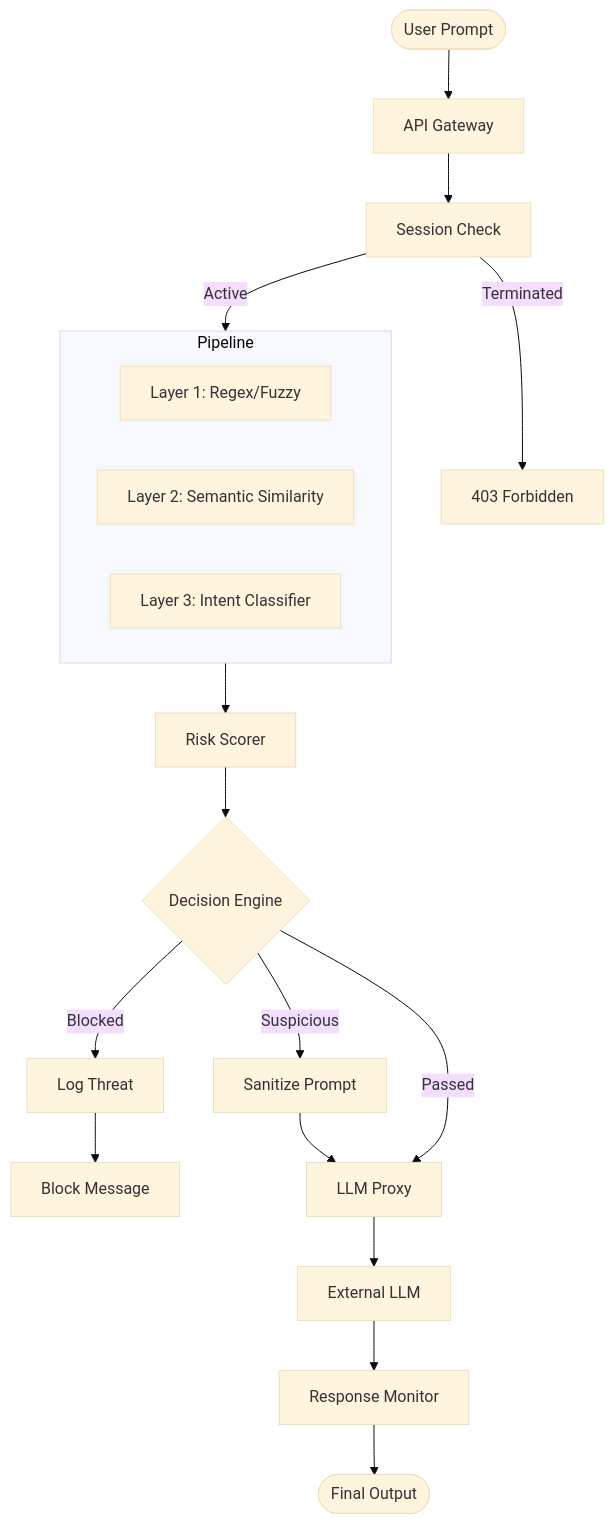
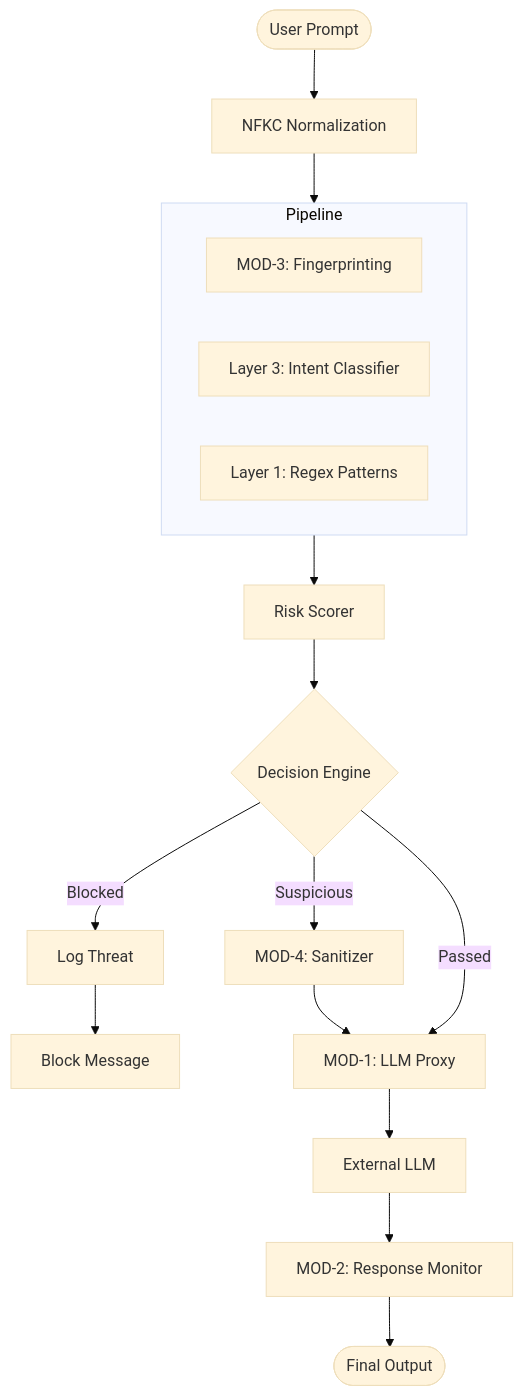
Before and after one commit to Piyush-Karn/IronGuard-AI: the diagram in documentation/architecture.md, drawn with Mermaid (base theme). The commit also changed other lines of this file and 26 other files, not shown here.

Commit message:
feat: Implement the core IronGuard AI Security Gateway with LLM proxy, prompt fingerprinting, sanitization, response monitoring, API, and initial frontend components.

````diff
--- a/documentation/architecture.md
+++ b/documentation/architecture.md
@@ -42,24 +47,22 @@
 ```mermaid
 graph TD
-    User([User Prompt]) --> Gate[API Gateway]
-    Gate --> Session[Session Check]
-    Session -- Terminated --> Reject[403 Forbidden]
-    Session -- Active --> Pipeline[Detection Pipeline]
+    User([User Prompt]) --> Norm[NFKC Normalization]
+    Norm --> Pipeline[Parallel Detection Pipeline]
     
     subgraph Pipeline
-        L1[Layer 1: Regex/Fuzzy]
-        L2[Layer 2: Semantic Similarity]
+        MOD3[MOD-3: Fingerprinting]
         L3[Layer 3: Intent Classifier]
+        L1[Layer 1: Regex Patterns]
     end
     
     Pipeline --> Scorer[Risk Scorer]
     Scorer --> Decision{Decision Engine}
     
-    Decision -- Blocked --> Log[Log Threat] --> Response[Block Message]
-    Decision -- Suspicious --> Sanitize[Sanitize Prompt] --> Proxy[LLM Proxy]
-    Decision -- Passed --> Proxy
+    Decision -- Blocked --> Log[Log Threat] --> Reject[Block Message]
+    Decision -- Suspicious --> Sanitizer[MOD-4: Sanitizer] --> Proxy
+    Decision -- Passed --> Proxy[MOD-1: LLM Proxy]
     
     Proxy --> LLM[External LLM]
-    LLM --> Monitor[Response Monitor]
+    LLM --> Monitor[MOD-2: Response Monitor]
     Monitor --> Output([Final Output])
 ```
````
